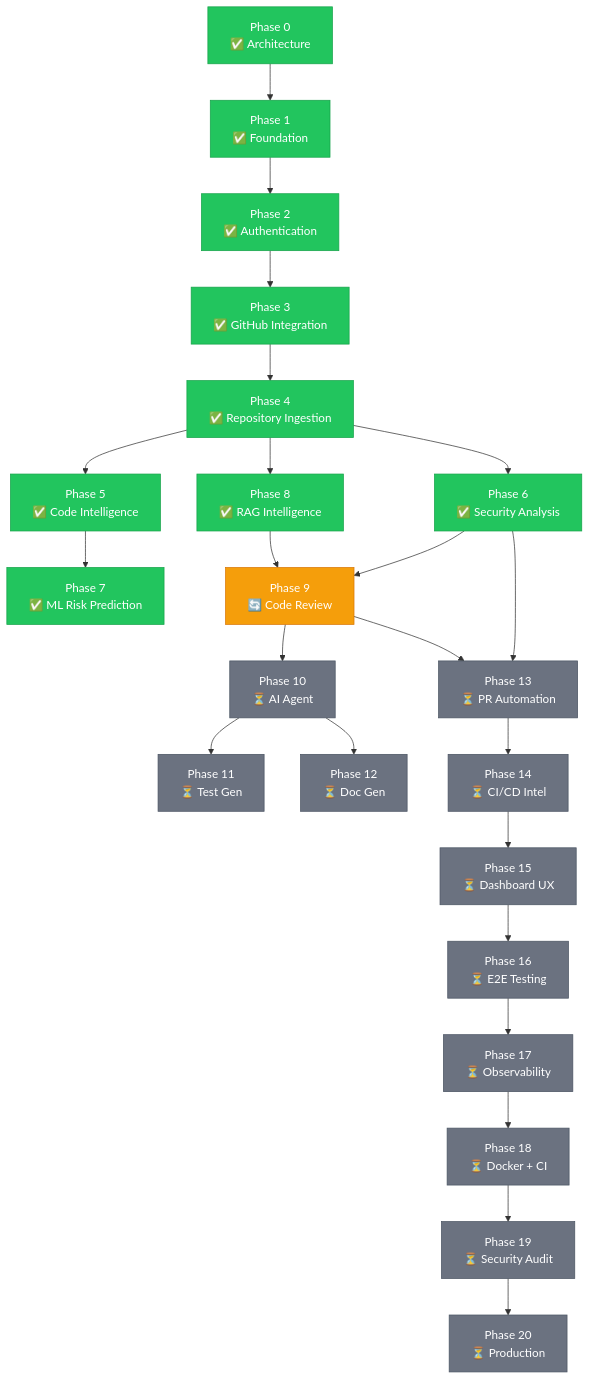
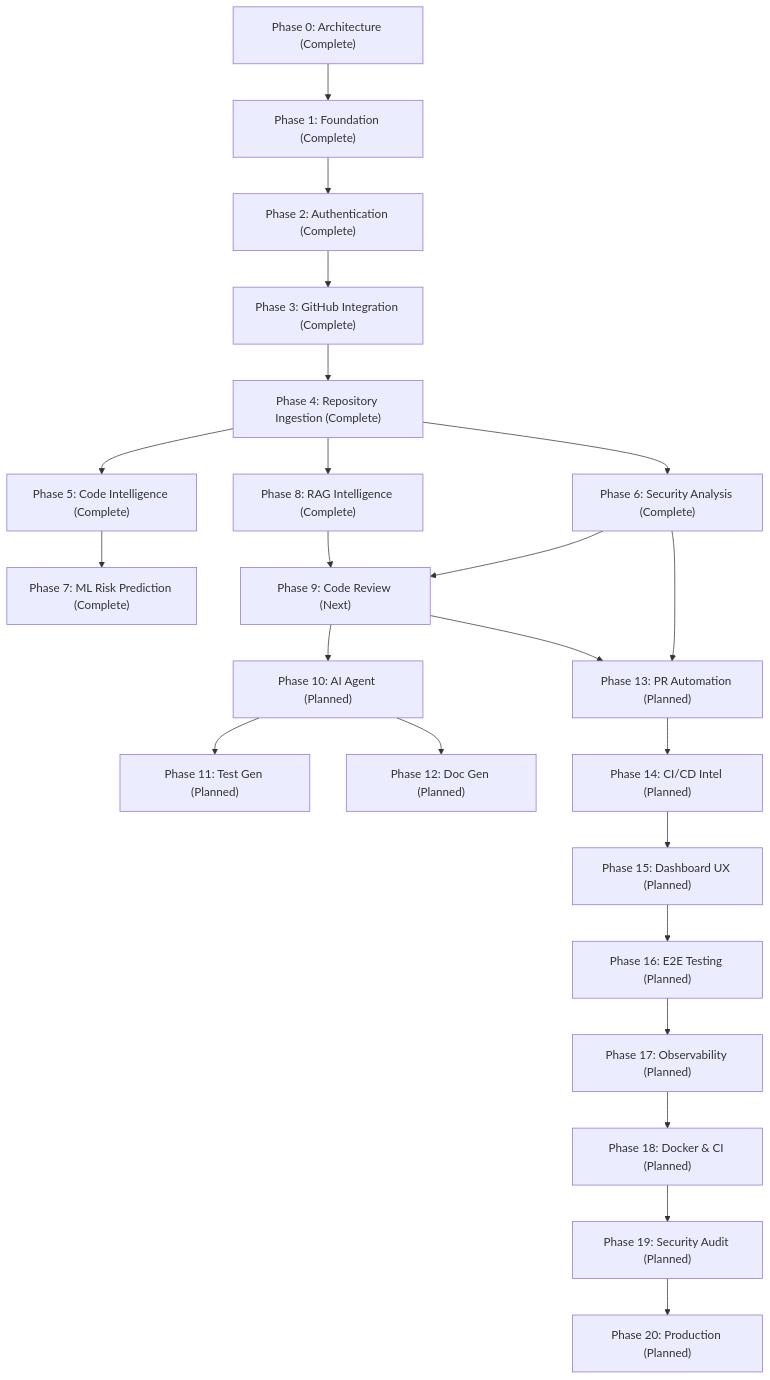
One commit to sivaganesh7/DevCodeX64 changed the tenth of 10 diagrams in README.md. Above: the diagram before and after it, drawn with Mermaid. The commit also changed other lines of this file, not shown here.

````diff
--- a/README.md
+++ b/README.md
@@ -662,47 +602,25 @@
 ```mermaid
-graph TD
-    P0["Phase 0<br/>✅ Architecture"] --> P1["Phase 1<br/>✅ Foundation"]
-    P1 --> P2["Phase 2<br/>✅ Authentication"]
-    P2 --> P3["Phase 3<br/>✅ GitHub Integration"]
-    P3 --> P4["Phase 4<br/>✅ Repository Ingestion"]
-    P4 --> P5["Phase 5<br/>✅ Code Intelligence"]
-    P4 --> P6["Phase 6<br/>✅ Security Analysis"]
-    P4 --> P8["Phase 8<br/>✅ RAG Intelligence"]
-    P5 --> P7["Phase 7<br/>✅ ML Risk Prediction"]
-    P6 --> P9["Phase 9<br/>🔄 Code Review"]
+flowchart TD
+    P0["Phase 0: Architecture (Complete)"] --> P1["Phase 1: Foundation (Complete)"]
+    P1 --> P2["Phase 2: Authentication (Complete)"]
+    P2 --> P3["Phase 3: GitHub Integration (Complete)"]
+    P3 --> P4["Phase 4: Repository Ingestion (Complete)"]
+    P4 --> P5["Phase 5: Code Intelligence (Complete)"]
+    P4 --> P6["Phase 6: Security Analysis (Complete)"]
+    P4 --> P8["Phase 8: RAG Intelligence (Complete)"]
+    P5 --> P7["Phase 7: ML Risk Prediction (Complete)"]
+    P6 --> P9["Phase 9: Code Review (Next)"]
     P8 --> P9
-    P9 --> P10["Phase 10<br/>⏳ AI Agent"]
-    P10 --> P11["Phase 11<br/>⏳ Test Gen"]
-    P10 --> P12["Phase 12<br/>⏳ Doc Gen"]
-    P6 --> P13["Phase 13<br/>⏳ PR Automation"]
+    P9 --> P10["Phase 10: AI Agent (Planned)"]
+    P10 --> P11["Phase 11: Test Gen (Planned)"]
+    P10 --> P12["Phase 12: Doc Gen (Planned)"]
+    P6 --> P13["Phase 13: PR Automation (Planned)"]
     P9 --> P13
-    P13 --> P14["Phase 14<br/>⏳ CI/CD Intel"]
-    P14 --> P15["Phase 15<br/>⏳ Dashboard UX"]
-    P15 --> P16["Phase 16<br/>⏳ E2E Testing"]
-    P16 --> P17["Phase 17<br/>⏳ Observability"]
-    P17 --> P18["Phase 18<br/>⏳ Docker + CI"]
-    P18 --> P19["Phase 19<br/>⏳ Security Audit"]
-    P19 --> P20["Phase 20<br/>⏳ Production"]
-
-    style P0 fill:#22c55e,stroke:#16a34a,color:#fff
-    style P1 fill:#22c55e,stroke:#16a34a,color:#fff
-    style P2 fill:#22c55e,stroke:#16a34a,color:#fff
-    style P3 fill:#22c55e,stroke:#16a34a,color:#fff
-    style P4 fill:#22c55e,stroke:#16a34a,color:#fff
-    style P5 fill:#22c55e,stroke:#16a34a,color:#fff
-    style P6 fill:#22c55e,stroke:#16a34a,color:#fff
-    style P7 fill:#22c55e,stroke:#16a34a,color:#fff
-    style P8 fill:#22c55e,stroke:#16a34a,color:#fff
-    style P9 fill:#f59e0b,stroke:#d97706,color:#fff
-    style P10 fill:#6b7280,stroke:#4b5563,color:#fff
-    style P11 fill:#6b7280,stroke:#4b5563,color:#fff
-    style P12 fill:#6b7280,stroke:#4b5563,color:#fff
-    style P13 fill:#6b7280,stroke:#4b5563,color:#fff
-    style P14 fill:#6b7280,stroke:#4b5563,color:#fff
-    style P15 fill:#6b7280,stroke:#4b5563,color:#fff
-    style P16 fill:#6b7280,stroke:#4b5563,color:#fff
-    style P17 fill:#6b7280,stroke:#4b5563,color:#fff
-    style P18 fill:#6b7280,stroke:#4b5563,color:#fff
-    style P19 fill:#6b7280,stroke:#4b5563,color:#fff
-    style P20 fill:#6b7280,stroke:#4b5563,color:#fff
+    P13 --> P14["Phase 14: CI/CD Intel (Planned)"]
+    P14 --> P15["Phase 15: Dashboard UX (Planned)"]
+    P15 --> P16["Phase 16: E2E Testing (Planned)"]
+    P16 --> P17["Phase 17: Observability (Planned)"]
+    P17 --> P18["Phase 18: Docker & CI (Planned)"]
+    P18 --> P19["Phase 19: Security Audit (Planned)"]
+    P19 --> P20["Phase 20: Production (Planned)"]
 ```
````
